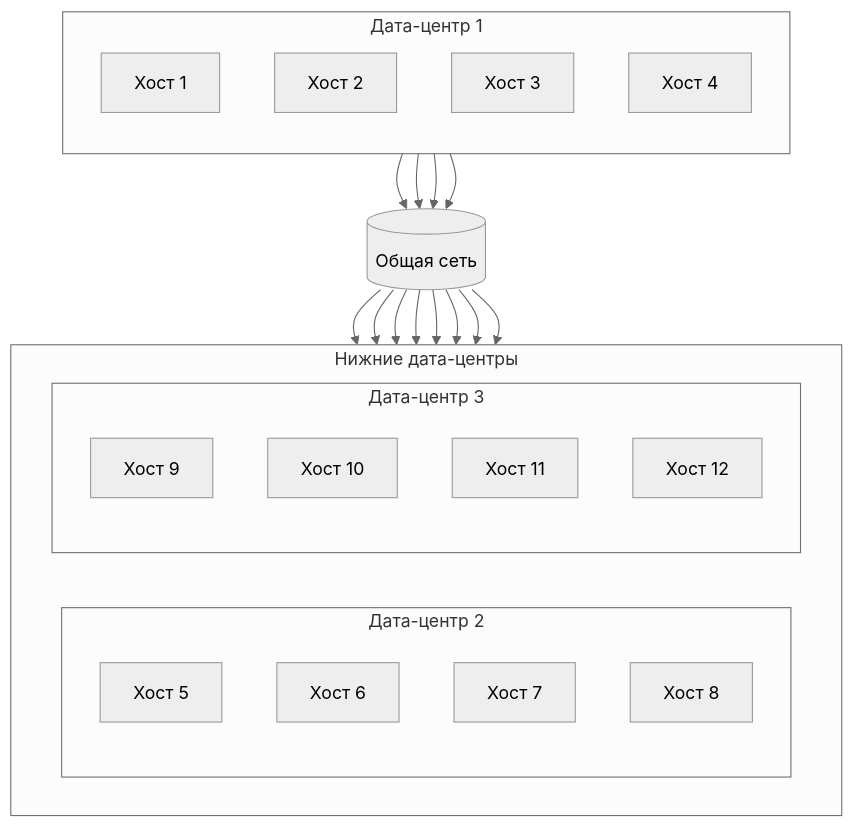
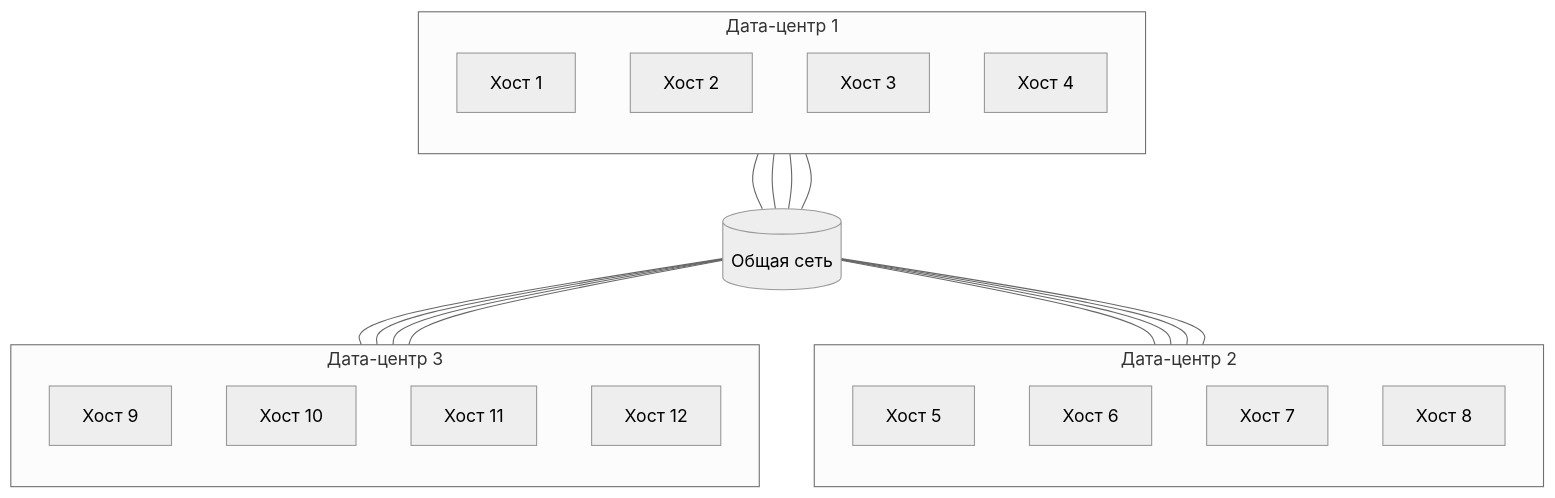
Before and after one commit to zinal/ydb-snippets: the diagram in diagrams/3dc.md, drawn with Mermaid (neutral theme).

````diff
--- a/diagrams/3dc.md
+++ b/diagrams/3dc.md
@@ -1,49 +1,47 @@
 ```mermaid
 flowchart TB
   %% Верхний дата-центр
   subgraph DC1[Дата-центр 1]
     direction TB
     H1[Хост 1]
     H2[Хост 2]
     H3[Хост 3]
     H4[Хост 4]
   end
 
   %% Общая сеть по центру
   NET[(Общая сеть)]
 
-  %% Два дата-центра внизу, расположены горизонтально
-  subgraph BOTTOM[Нижние дата-центры]
-    direction LR
-    subgraph DC2[Дата-центр 2]
-      direction TB
-      H5[Хост 5]
-      H6[Хост 6]
-      H7[Хост 7]
-      H8[Хост 8]
-    end
-    subgraph DC3[Дата-центр 3]
-      direction TB
-      H9[Хост 9]
-      H10[Хост 10]
-      H11[Хост 11]
-      H12[Хост 12]
-    end
+  %% Два дата-центра внизу (без общего контейнера)
+  subgraph DC2[Дата-центр 2]
+    direction TB
+    H5[Хост 5]
+    H6[Хост 6]
+    H7[Хост 7]
+    H8[Хост 8]
   end
 
-  %% Подключения к общей сети (верх -> сеть, сеть -> низ)
-  H1 --> NET
-  H2 --> NET
-  H3 --> NET
-  H4 --> NET
+  subgraph DC3[Дата-центр 3]
+    direction TB
+    H9[Хост 9]
+    H10[Хост 10]
+    H11[Хост 11]
+    H12[Хост 12]
+  end
 
-  NET --> H5
-  NET --> H6
-  NET --> H7
-  NET --> H8
+  %% Подключения к общей сети
+  H1 --- NET
+  H2 --- NET
+  H3 --- NET
+  H4 --- NET
 
-  NET --> H9
-  NET --> H10
-  NET --> H11
-  NET --> H12
+  NET --- H5
+  NET --- H6
+  NET --- H7
+  NET --- H8
+
+  NET --- H9
+  NET --- H10
+  NET --- H11
+  NET --- H12
 ```
````
